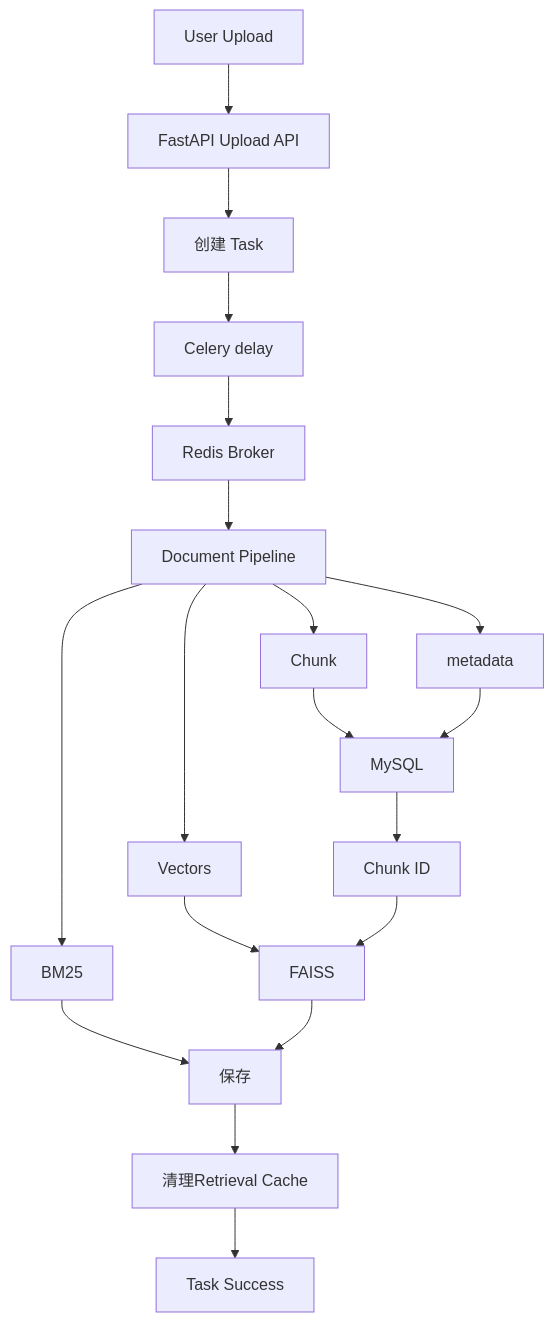
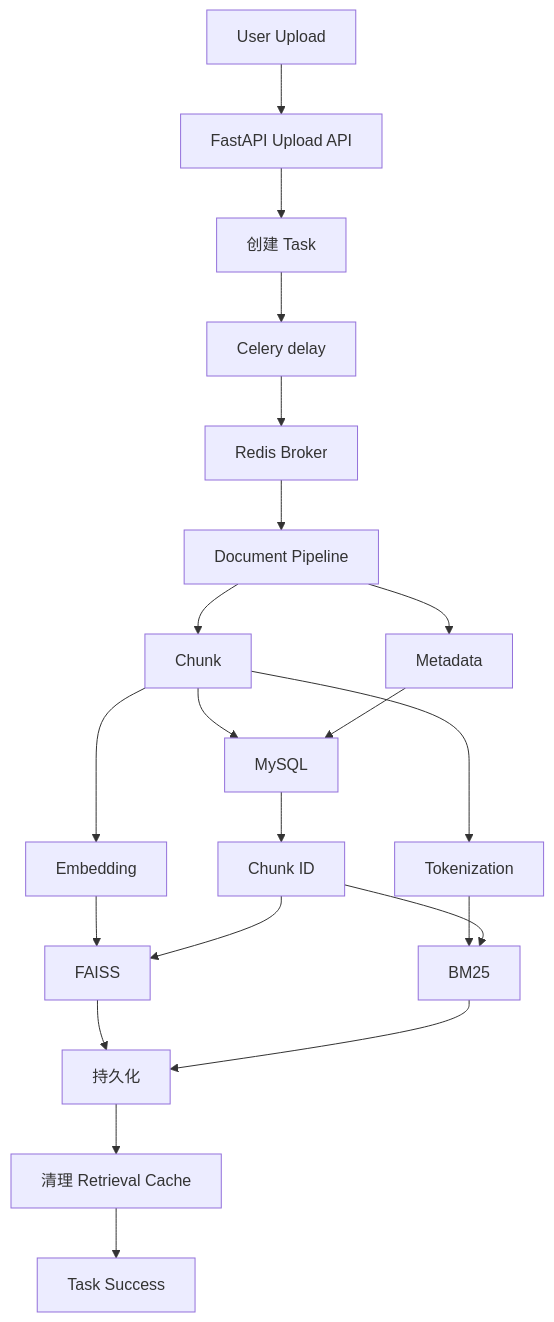
The first of 4 diagrams in docs/architecture/upload_pipeline.md (yzheAI/Multi-Knowledge-Base-RAG-System), drawn with Mermaid before and after one commit. The commit also changed other lines of this file and 8 other files, not shown here.

````diff
--- a/docs/architecture/upload_pipeline.md
+++ b/docs/architecture/upload_pipeline.md
@@ -75,21 +75,29 @@
 ```mermaid
 flowchart TD
     A[User Upload] --> B[FastAPI Upload API]
     B --> C[创建 Task]
     C --> D[Celery delay]
     D --> E[Redis Broker]
     E --> F[Document Pipeline]
+
     F --> G[Chunk]
-    F --> H[metadata]
+    F --> H[Metadata]
+
     G --> I[MySQL]
     H --> I
     I --> J[Chunk ID]
-    F --> K[Vectors]
+
+    G --> K[Embedding]
     K --> L[FAISS]
     J --> L
-    F --> M[BM25]
-    M --> N[保存]
-    L --> N
-    N --> O[清理Retrieval Cache]
-    O --> P[Task Success]
+
+    G --> M[Tokenization]
+    M --> N[BM25]
+    J --> N
+
+    L --> O[持久化]
+    N --> O
+
+    O --> P[清理 Retrieval Cache]
+    P --> Q[Task Success]
 ```
````
